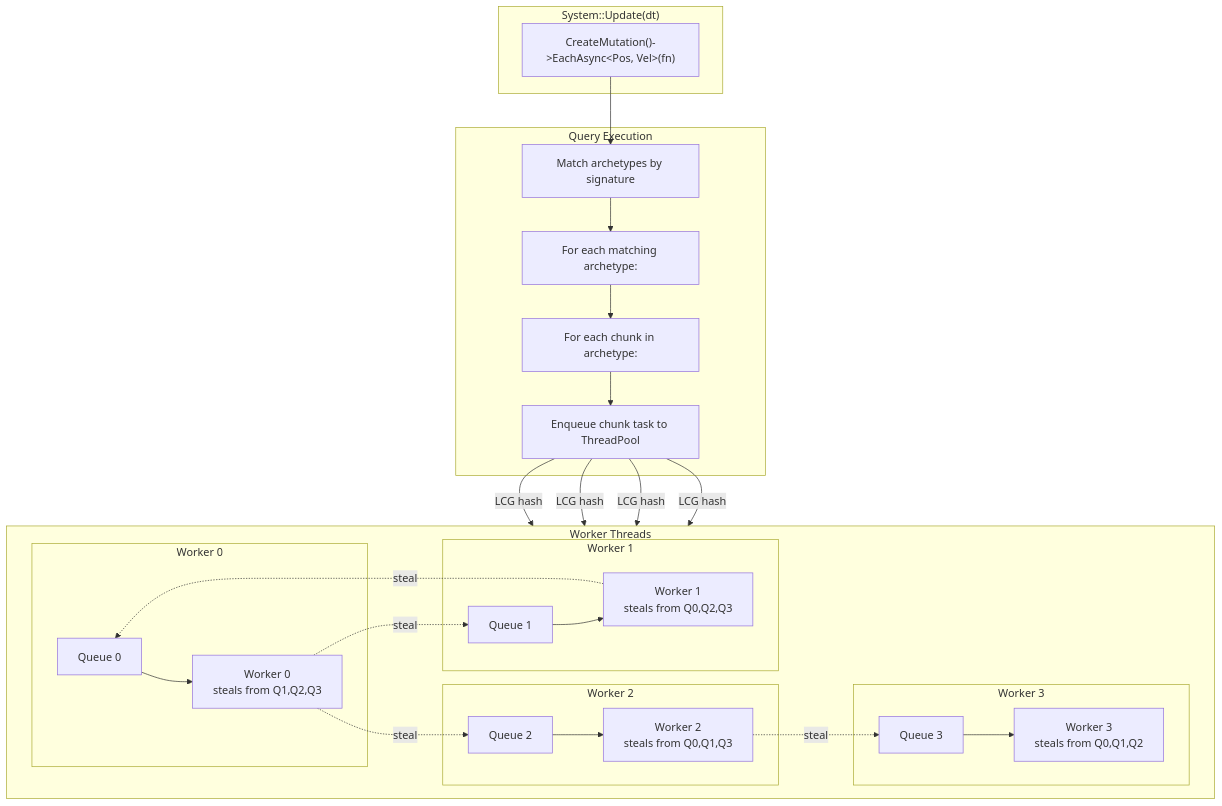
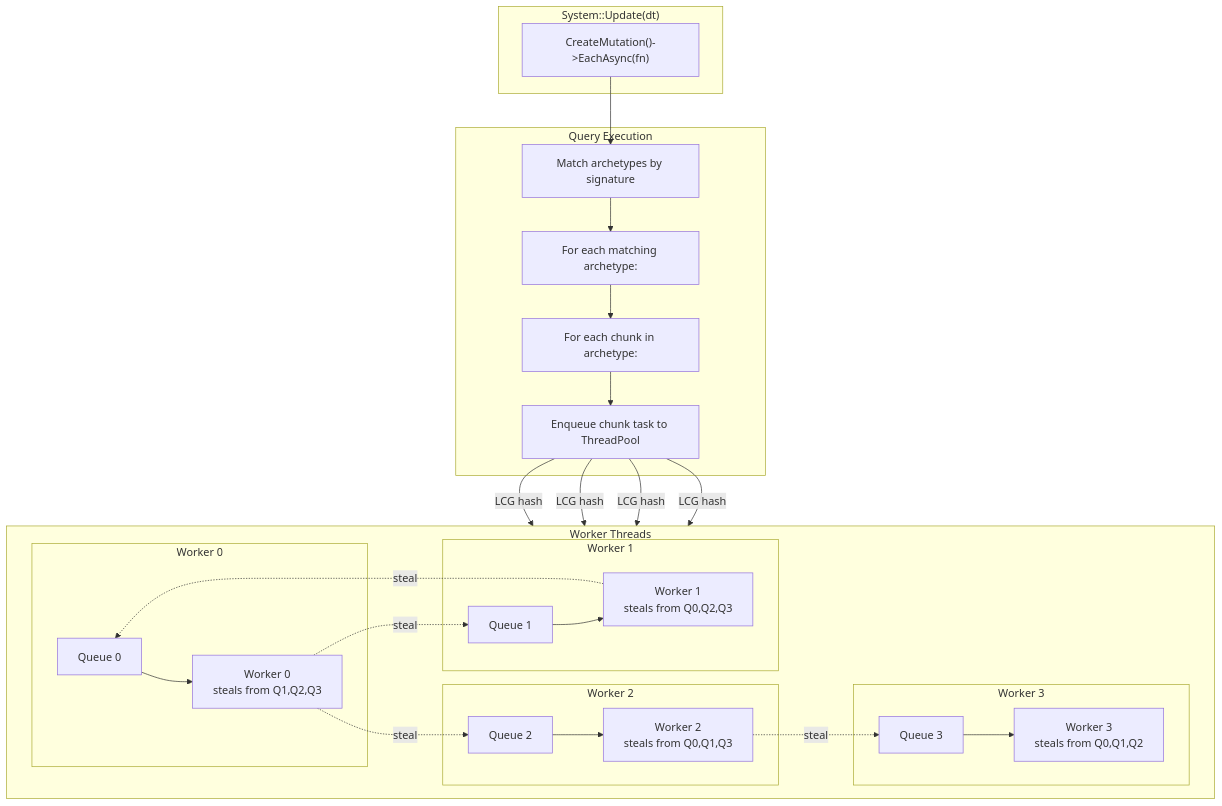
Before and after one commit to gilmar-sales/Freyr: the first of 2 diagrams in docs/guides/parallel-processing.md, drawn with Mermaid. The commit also changed other lines of this file and 25 other files, not shown here.

````diff
--- a/docs/guides/parallel-processing.md
+++ b/docs/guides/parallel-processing.md
@@ -10,44 +10,44 @@
 ```mermaid
 graph TB
     subgraph System["System::Update(dt)"]
-        Q["CreateMutation()->EachAsync&lt;Pos, Vel&gt;(fn)"]
+        Q["CreateMutation()->EachAsync(fn)"]
     end
 
     subgraph QueryExec["Query Execution"]
         M["Match archetypes by signature"]
         C["For each matching archetype:"]
         CHUNKS["For each chunk in archetype:"]
         TASK["Enqueue chunk task to ThreadPool"]
     end
 
     subgraph Workers["Worker Threads"]
         direction LR
 
         subgraph Pool0["Worker 0"]
             Q0["Queue 0"] --> W0["Worker 0<br/>steals from Q1,Q2,Q3"]
         end
 
         subgraph Pool1["Worker 1"]
             Q1["Queue 1"] --> W1["Worker 1<br/>steals from Q0,Q2,Q3"]
         end
 
         subgraph Pool2["Worker 2"]
             Q2["Queue 2"] --> W2["Worker 2<br/>steals from Q0,Q1,Q3"]
         end
 
         subgraph Pool3["Worker 3"]
             Q3["Queue 3"] --> W3["Worker 3<br/>steals from Q0,Q1,Q2"]
         end
     end
 
     Q --> M --> C --> CHUNKS --> TASK
     TASK -->|LCG hash| Q0
     TASK -->|LCG hash| Q1
     TASK -->|LCG hash| Q2
     TASK -->|LCG hash| Q3
     W0 -.->|steal| Q1
     W0 -.->|steal| Q2
     W1 -.->|steal| Q0
     W2 -.->|steal| Q3
 
 ```
````
